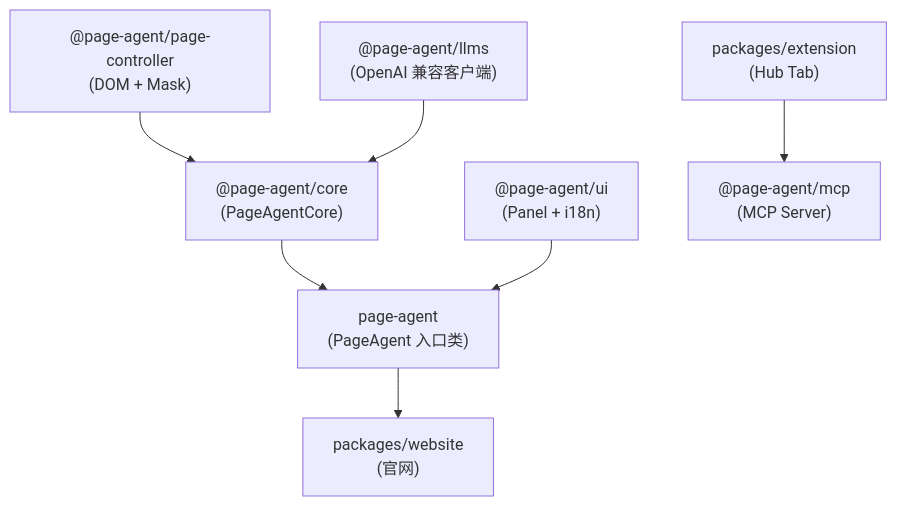
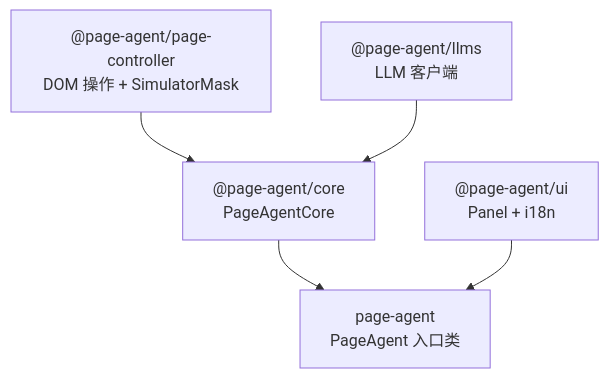
The first of 2 diagrams in content/posts/tech/alibaba-page-agent-browser-control-agent-guide.md (A1pha3/text-matrix), drawn with Mermaid before and after one commit. The commit also changed other lines of this file and 11 other files, not shown here.

First line of the commit message:
docs(page-agent): 更新 Page Agent 技术解析文章至 v1.12.4 版本

````diff
--- a/content/posts/tech/alibaba-page-agent-browser-control-agent-guide.md
+++ b/content/posts/tech/alibaba-page-agent-browser-control-agent-guide.md
@@ -121,17 +122,12 @@
 ```mermaid
 graph TD
-  PC["@page-agent/page-controller<br/>(DOM + Mask)"]
-  LLMS["@page-agent/llms<br/>(OpenAI 兼容客户端)"]
-  CORE["@page-agent/core<br/>(PageAgentCore)"]
-  UI["@page-agent/ui<br/>(Panel + i18n)"]
-  PA["page-agent<br/>(PageAgent 入口类)"]
-  EXT["packages/extension<br/>(Hub Tab)"]
-  MCP["@page-agent/mcp<br/>(MCP Server)"]
-  WEB["packages/website<br/>(官网)"]
+  PC["@page-agent/page-controller<br/>DOM 操作 + SimulatorMask"]
+  LLMS["@page-agent/llms<br/>LLM 客户端"]
+  CORE["@page-agent/core<br/>PageAgentCore"]
+  UI["@page-agent/ui<br/>Panel + i18n"]
+  PA["page-agent<br/>PageAgent 入口类"]
   PC --> CORE
   LLMS --> CORE
   CORE --> PA
   UI --> PA
-  PA --> WEB
-  EXT --> MCP
 ```
````
